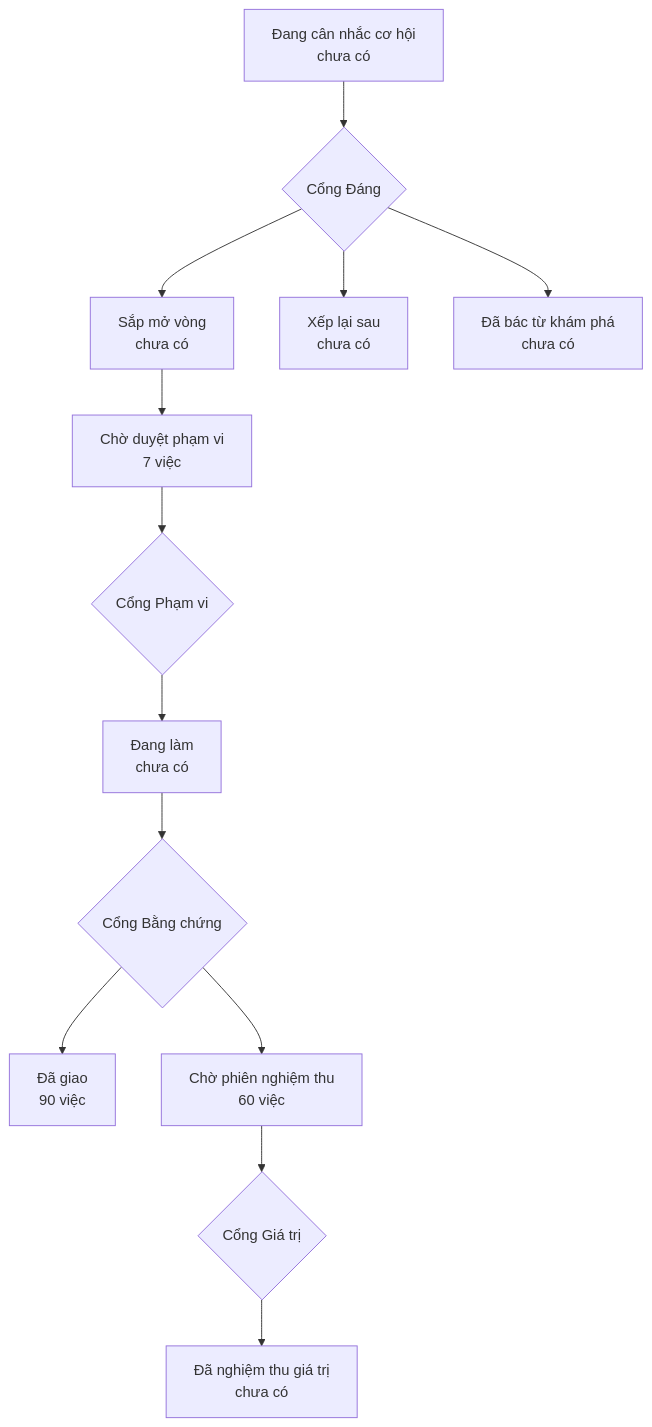
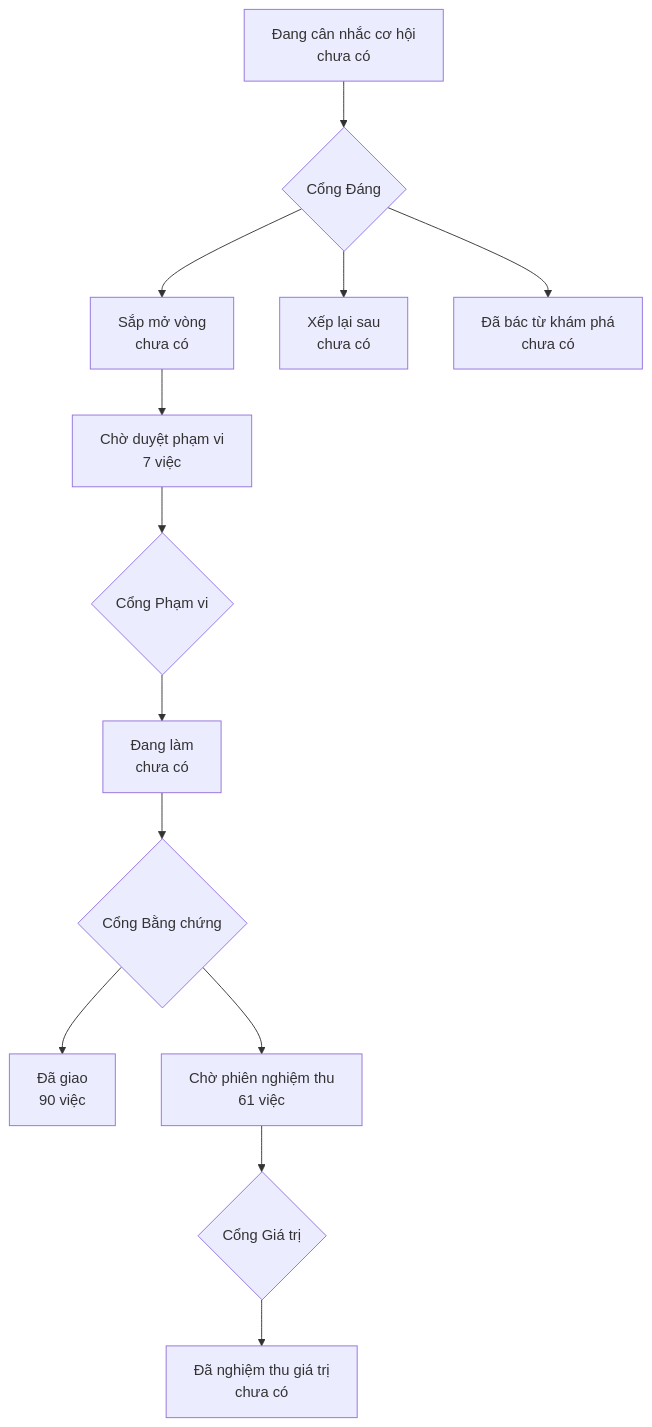
The diagram in PRODUCT-MAP.md (phanlemanh/onehub-invest), drawn with Mermaid before and after one commit. The commit also changed other lines of this file and 1 other file, not shown here.

Commit message:
chore: vẽ lại bản đồ sản phẩm + lộ trình sau gộp origin/main

````diff
--- a/PRODUCT-MAP.md
+++ b/PRODUCT-MAP.md
@@ -7,12 +7,12 @@
 ```mermaid
 flowchart TD
   A["Đang cân nhắc cơ hội<br/>chưa có"] --> GD{"Cổng Đáng"}
   GD --> B["Sắp mở vòng<br/>chưa có"]
   GD --> XL["Xếp lại sau<br/>chưa có"]
   GD --> DB["Đã bác từ khám phá<br/>chưa có"]
   B --> CD["Chờ duyệt phạm vi<br/>7 việc"] --> GP{"Cổng Phạm vi"}
   GP --> DL["Đang làm<br/>chưa có"] --> GB{"Cổng Bằng chứng"}
   GB --> DG["Đã giao<br/>90 việc"]
-  GB --> CN["Chờ phiên nghiệm thu<br/>60 việc"] --> GG{"Cổng Giá trị"}
+  GB --> CN["Chờ phiên nghiệm thu<br/>61 việc"] --> GG{"Cổng Giá trị"}
   GG --> NT["Đã nghiệm thu giá trị<br/>chưa có"]
 ```
````
